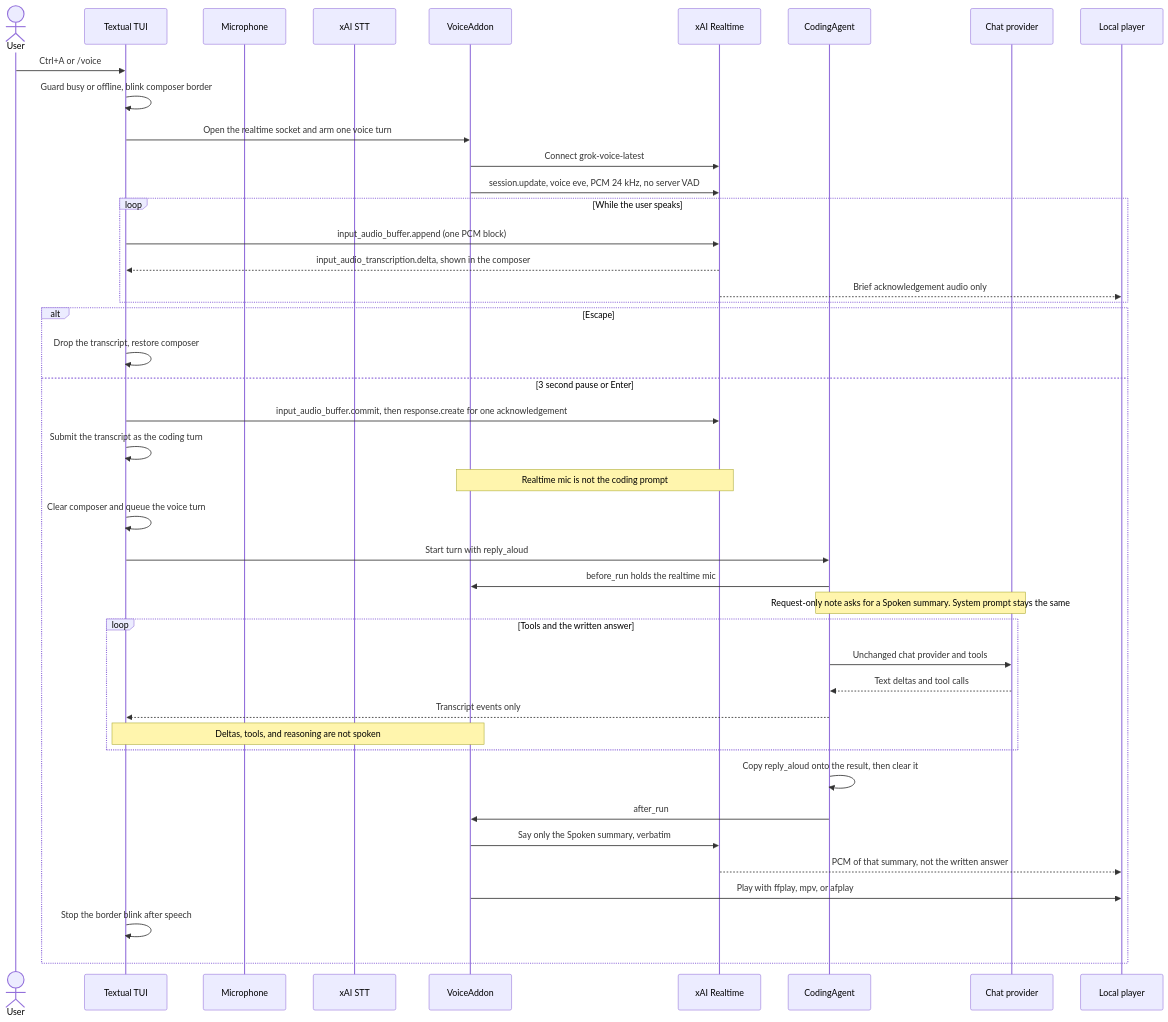
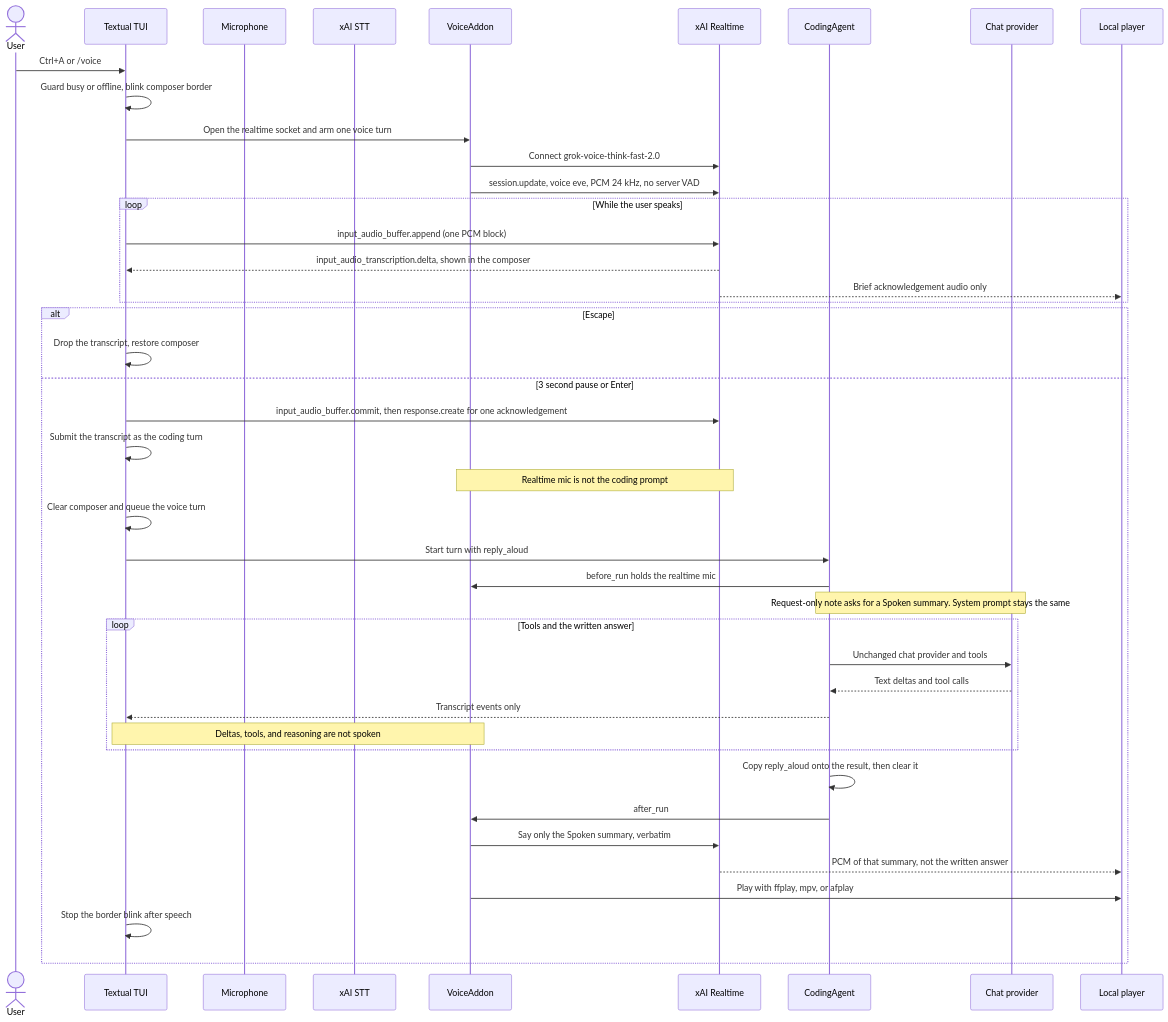
One commit to Sarthakischauhan/symphony changed the diagram in docs/developer-guide/voice-mode.md. Above: the diagram before and after it, drawn with Mermaid. The commit also changed other lines of this file and 6 other files, not shown here.

````diff
--- a/docs/developer-guide/voice-mode.md
+++ b/docs/developer-guide/voice-mode.md
@@ -14,46 +15,46 @@
 ```mermaid
 sequenceDiagram
     actor User
     participant UI as Textual TUI
     participant Mic as Microphone
     participant STT as xAI STT
     participant Addon as VoiceAddon
     participant RT as xAI Realtime
     participant Agent as CodingAgent
     participant Model as Chat provider
     participant Player as Local player
 
     User->>UI: Ctrl+A or /voice
     UI->>UI: Guard busy or offline, blink composer border
     UI->>Addon: Open the realtime socket and arm one voice turn
-    Addon->>RT: Connect grok-voice-latest
+    Addon->>RT: Connect grok-voice-think-fast-2.0
     Addon->>RT: session.update, voice eve, PCM 24 kHz, no server VAD
     loop While the user speaks
         UI->>RT: input_audio_buffer.append (one PCM block)
         RT-->>UI: input_audio_transcription.delta, shown in the composer
         RT-->>Player: Brief acknowledgement audio only
     end
     alt Escape
         UI->>UI: Drop the transcript, restore composer
     else 3 second pause or Enter
         UI->>RT: input_audio_buffer.commit, then response.create for one acknowledgement
         UI->>UI: Submit the transcript as the coding turn
         Note over Addon,RT: Realtime mic is not the coding prompt
         UI->>UI: Clear composer and queue the voice turn
         UI->>Agent: Start turn with reply_aloud
         Agent->>Addon: before_run holds the realtime mic
         Note over Agent,Model: Request-only note asks for a Spoken summary. System prompt stays the same
         loop Tools and the written answer
             Agent->>Model: Unchanged chat provider and tools
             Model-->>Agent: Text deltas and tool calls
             Agent-->>UI: Transcript events only
             Note over UI,Addon: Deltas, tools, and reasoning are not spoken
         end
         Agent->>Agent: Copy reply_aloud onto the result, then clear it
         Agent->>Addon: after_run
         Addon->>RT: Say only the Spoken summary, verbatim
         RT-->>Player: PCM of that summary, not the written answer
         Addon->>Player: Play with ffplay, mpv, or afplay
         UI->>UI: Stop the border blink after speech
     end
 ```
````
